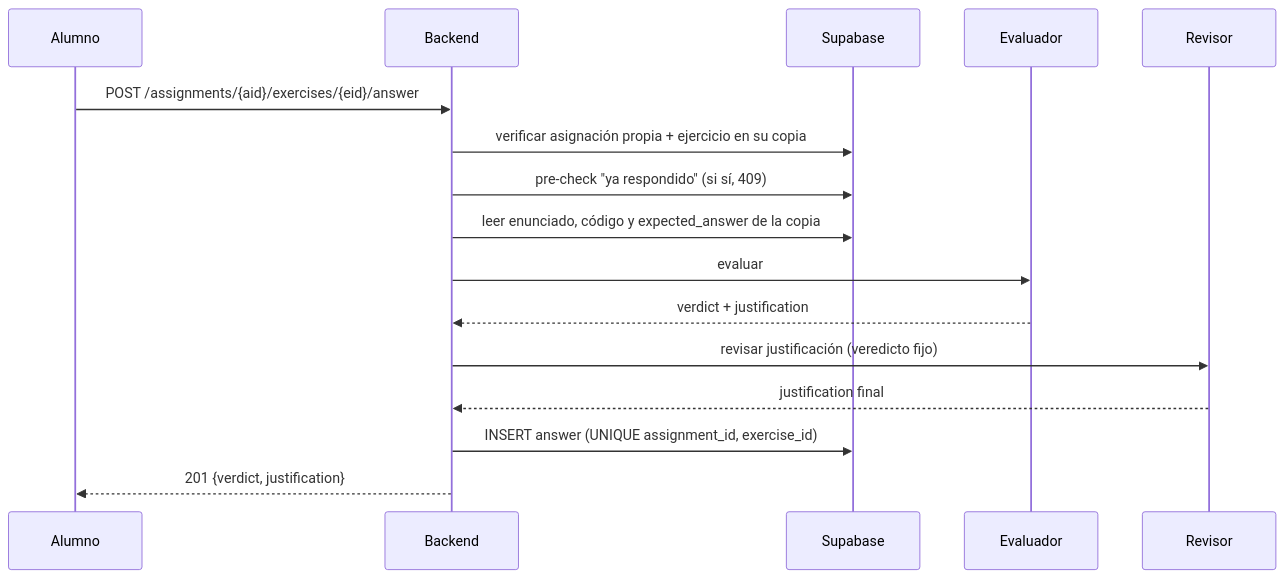
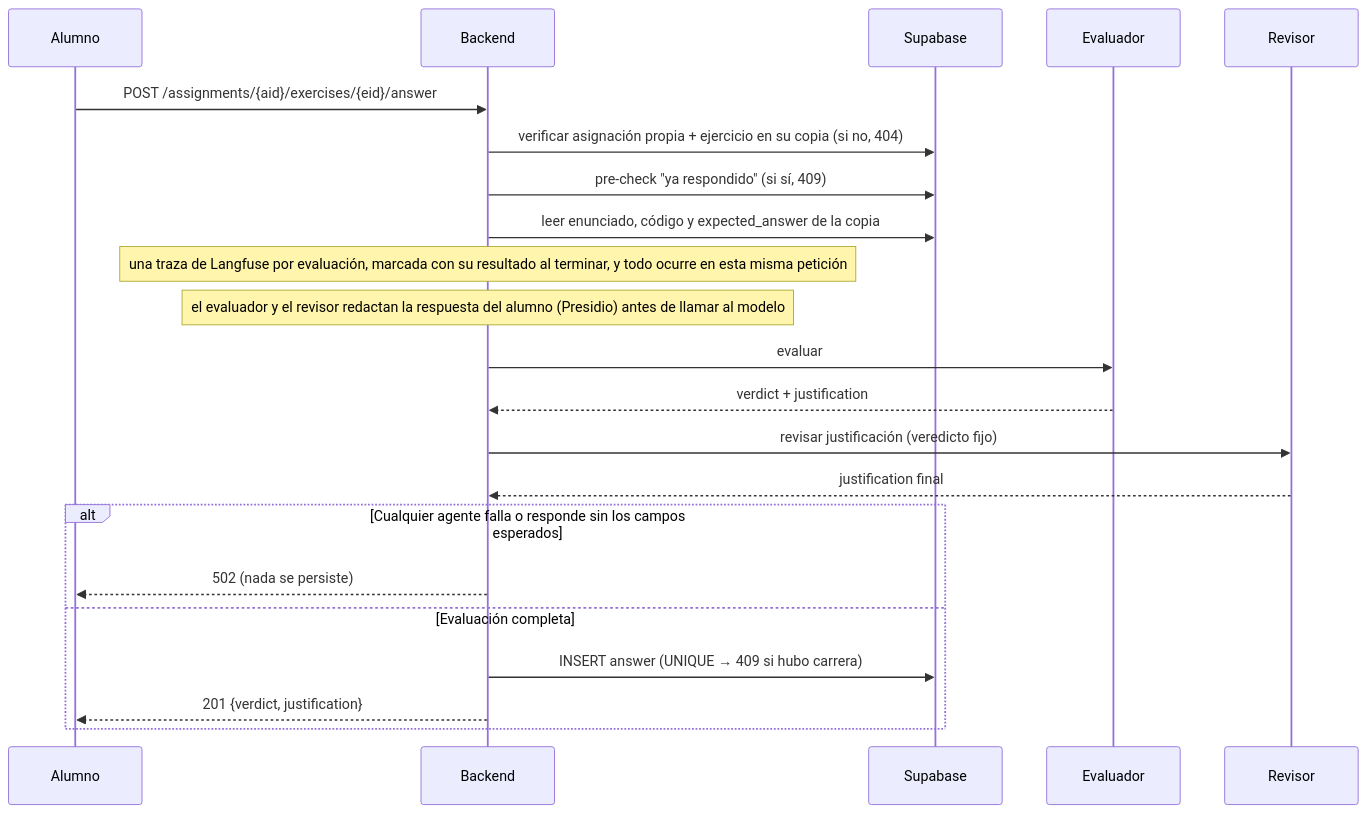
Before and after one commit to Mapeldorf/JuniorTrainer: the sixth of 10 diagrams in capstone/juniortrainer-capstone.md, drawn with Mermaid. The commit also changed other lines of this file, not shown here.

````diff
--- a/capstone/juniortrainer-capstone.md
+++ b/capstone/juniortrainer-capstone.md
@@ -1362,19 +1397,25 @@
 ```mermaid
 sequenceDiagram
     participant AL as Alumno
     participant BE as Backend
     participant DB as Supabase
     participant EV as Evaluador
     participant RV as Revisor
 
     AL->>BE: POST /assignments/{aid}/exercises/{eid}/answer
-    BE->>DB: verificar asignación propia + ejercicio en su copia
+    BE->>DB: verificar asignación propia + ejercicio en su copia (si no, 404)
     BE->>DB: pre-check "ya respondido" (si sí, 409)
     BE->>DB: leer enunciado, código y expected_answer de la copia
+    Note over BE: una traza de Langfuse por evaluación, marcada con su resultado al terminar, y todo ocurre en esta misma petición
+    Note over BE: el evaluador y el revisor redactan la respuesta del alumno (Presidio) antes de llamar al modelo
     BE->>EV: evaluar
     EV-->>BE: verdict + justification
     BE->>RV: revisar justificación (veredicto fijo)
     RV-->>BE: justification final
-    BE->>DB: INSERT answer (UNIQUE assignment_id, exercise_id)
-    BE-->>AL: 201 {verdict, justification}
+    alt Cualquier agente falla o responde sin los campos esperados
+        BE-->>AL: 502 (nada se persiste)
+    else Evaluación completa
+        BE->>DB: INSERT answer (UNIQUE → 409 si hubo carrera)
+        BE-->>AL: 201 {verdict, justification}
+    end
 ```
````
